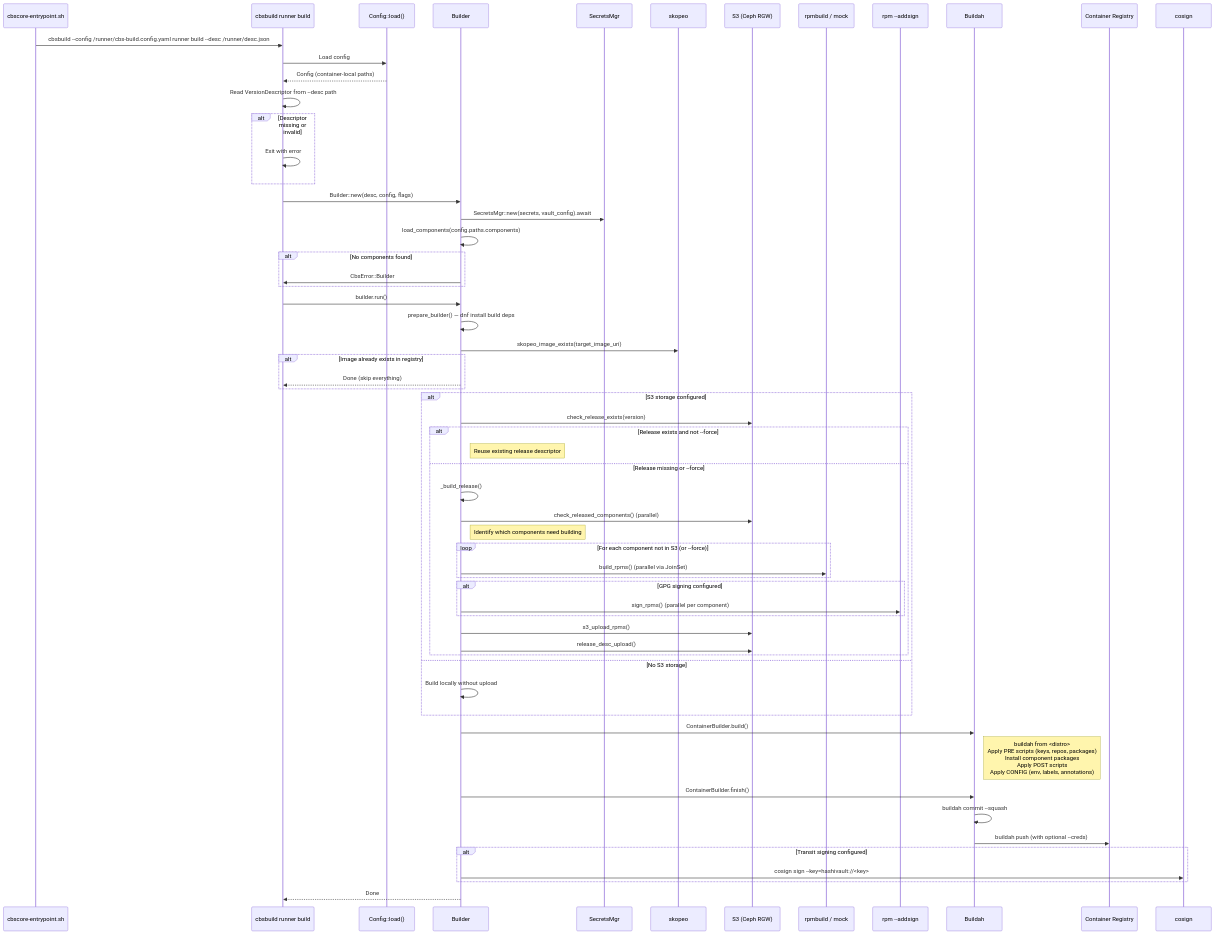
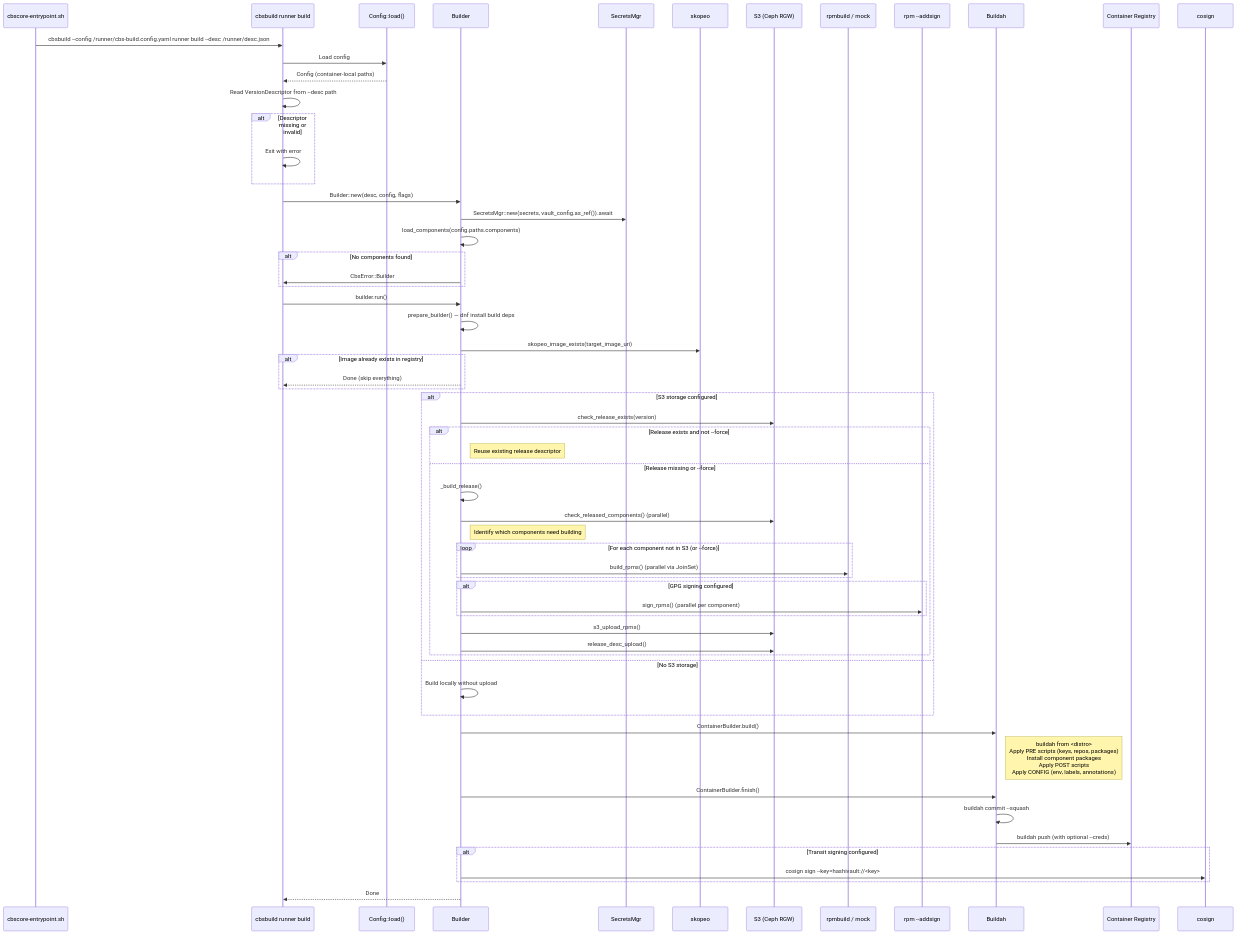
The diagram in _docs/plans/subcmd-runner-build.md (UweSchwaeke/cbs), drawn with Mermaid before and after one commit. The commit also changed 3 other files, not shown here.

````diff
--- a/_docs/plans/subcmd-runner-build.md
+++ b/_docs/plans/subcmd-runner-build.md
@@ -72,79 +72,79 @@
 ```mermaid
 sequenceDiagram
     participant Entrypoint as cbscore-entrypoint.sh
     participant CLI as cbsbuild runner build
     participant Config as Config::load()
     participant Builder as Builder
     participant Secrets as SecretsMgr
     participant Skopeo as skopeo
     participant S3 as S3 (Ceph RGW)
     participant RPM as rpmbuild / mock
     participant GPG as rpm --addsign
     participant Buildah as Buildah
     participant Registry as Container Registry
     participant Cosign as cosign
 
     Entrypoint->>CLI: cbsbuild --config /runner/cbs-build.config.yaml runner build --desc /runner/desc.json
 
     CLI->>Config: Load config
     Config-->>CLI: Config (container-local paths)
 
     CLI->>CLI: Read VersionDescriptor from --desc path
     alt Descriptor missing or invalid
         CLI->>CLI: Exit with error
     end
 
     CLI->>Builder: Builder::new(desc, config, flags)
-    Builder->>Secrets: SecretsMgr::new(secrets, vault_config).await
+    Builder->>Secrets: SecretsMgr::new(secrets, vault_config.as_ref()).await
     Builder->>Builder: load_components(config.paths.components)
     alt No components found
         Builder->>CLI: CbsError::Builder
     end
 
     CLI->>Builder: builder.run()
 
     Builder->>Builder: prepare_builder() — dnf install build deps
 
     Builder->>Skopeo: skopeo_image_exists(target_image_uri)
     alt Image already exists in registry
         Builder-->>CLI: Done (skip everything)
     end
 
     alt S3 storage configured
         Builder->>S3: check_release_exists(version)
         alt Release exists and not --force
             Note right of Builder: Reuse existing release descriptor
         else Release missing or --force
             Builder->>Builder: _build_release()
 
             Builder->>S3: check_released_components() (parallel)
             Note right of Builder: Identify which components need building
 
             loop For each component not in S3 (or --force)
                 Builder->>RPM: build_rpms() (parallel via JoinSet)
             end
 
             alt GPG signing configured
                 Builder->>GPG: sign_rpms() (parallel per component)
             end
 
             Builder->>S3: s3_upload_rpms()
             Builder->>S3: release_desc_upload()
         end
     else No S3 storage
         Builder->>Builder: Build locally without upload
     end
 
     Builder->>Buildah: ContainerBuilder.build()
     Note right of Buildah: buildah from <distro><br/>Apply PRE scripts (keys, repos, packages)<br/>Install component packages<br/>Apply POST scripts<br/>Apply CONFIG (env, labels, annotations)
 
     Builder->>Buildah: ContainerBuilder.finish()
     Buildah->>Buildah: buildah commit --squash
     Buildah->>Registry: buildah push (with optional --creds)
 
     alt Transit signing configured
         Builder->>Cosign: cosign sign --key=hashivault://<key>
     end
 
     Builder-->>CLI: Done
 ```
````
